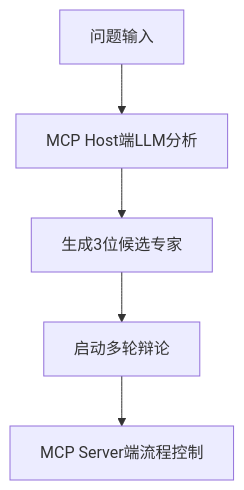
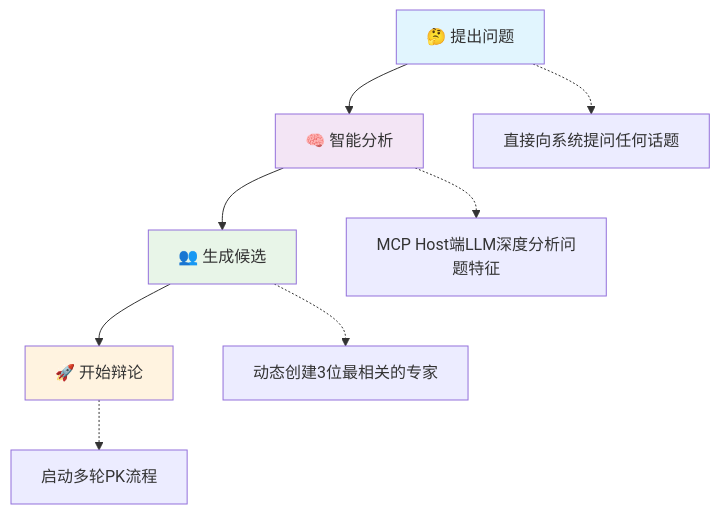
One commit to MitsudoAI/guru-pk-mcp changed the first of 2 diagrams in README.md. Above: the diagram before and after it, drawn with Mermaid. The commit also changed other lines of this file, not shown here.

````diff
--- a/README.md
+++ b/README.md
@@ -107,7 +144,21 @@
 ```mermaid
-graph TB
-    A[问题输入] --> B[MCP Host端LLM分析]
-    B --> C[生成3位候选专家]
-    C --> D[启动多轮辩论]
-    D --> E[MCP Server端流程控制]
+flowchart TD
+    A[🤔 提出问题] --> B[🧠 智能分析]
+    B --> C[👥 生成候选]
+    C --> D[🚀 开始辩论]
+    
+    A1[直接向系统提问任何话题]
+    B1[MCP Host端LLM深度分析问题特征]
+    C1[动态创建3位最相关的专家]
+    D1[启动多轮PK流程]
+    
+    A -.-> A1
+    B -.-> B1
+    C -.-> C1
+    D -.-> D1
+    
+    style A fill:#e1f5fe
+    style B fill:#f3e5f5
+    style C fill:#e8f5e8
+    style D fill:#fff3e0
 ```
````
